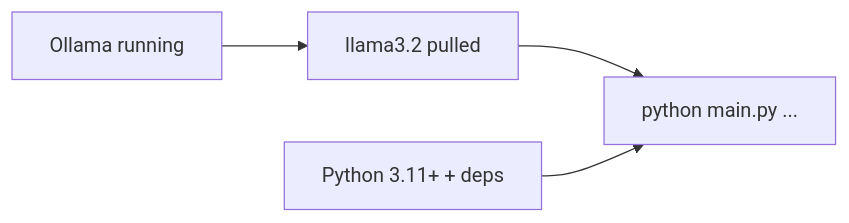
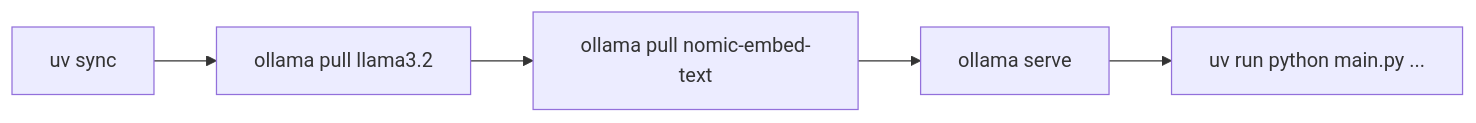
Before and after one commit to souravgupta2214/Agentic-RAG: diagram 14 of 14 in docs/END_TO_END_FLOW.md, drawn with Mermaid. The commit also changed other lines of this file and 1 other file, not shown here.

````diff
--- a/docs/END_TO_END_FLOW.md
+++ b/docs/END_TO_END_FLOW.md
@@ -394,6 +431,7 @@
 ```mermaid
 flowchart LR
-    O[Ollama running] --> M[llama3.2 pulled]
-    M --> RUN[python main.py ...]
-    PY[Python 3.11+ + deps] --> RUN
+    A[uv sync] --> B[ollama pull llama3.2]
+    B --> C[ollama pull nomic-embed-text]
+    C --> D[ollama serve]
+    D --> E[uv run python main.py ...]
 ```
````
